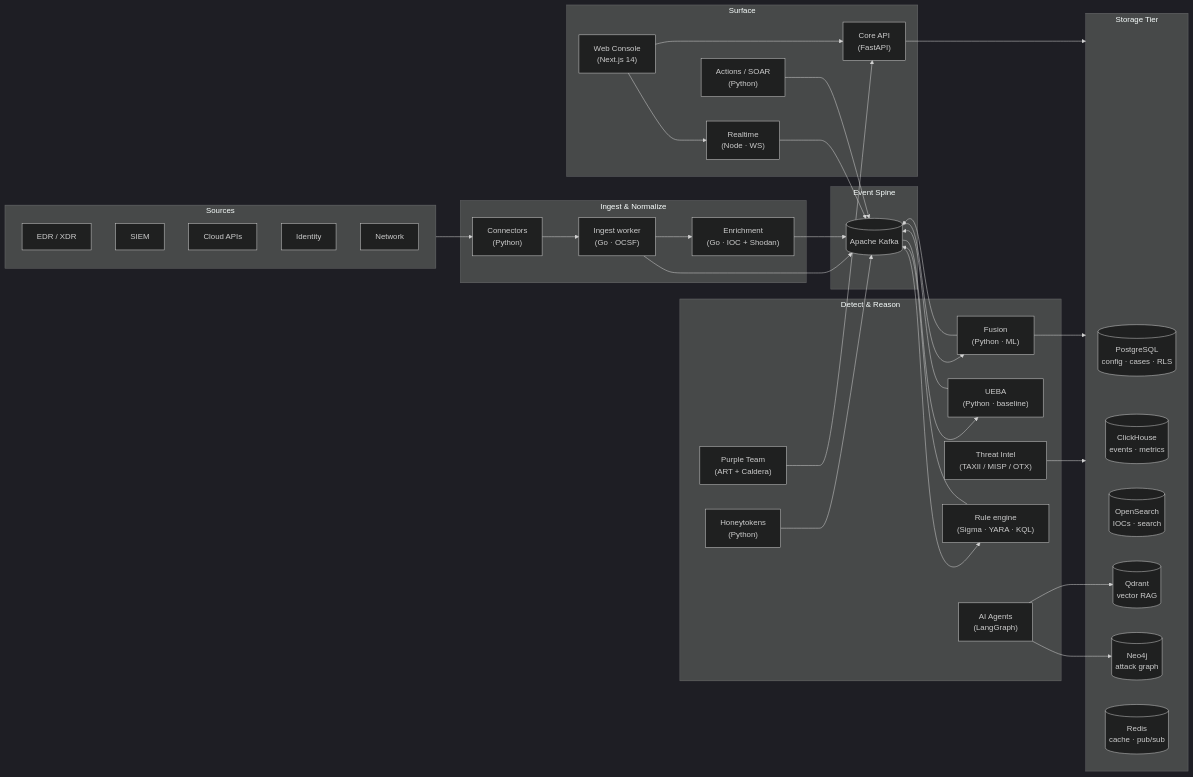
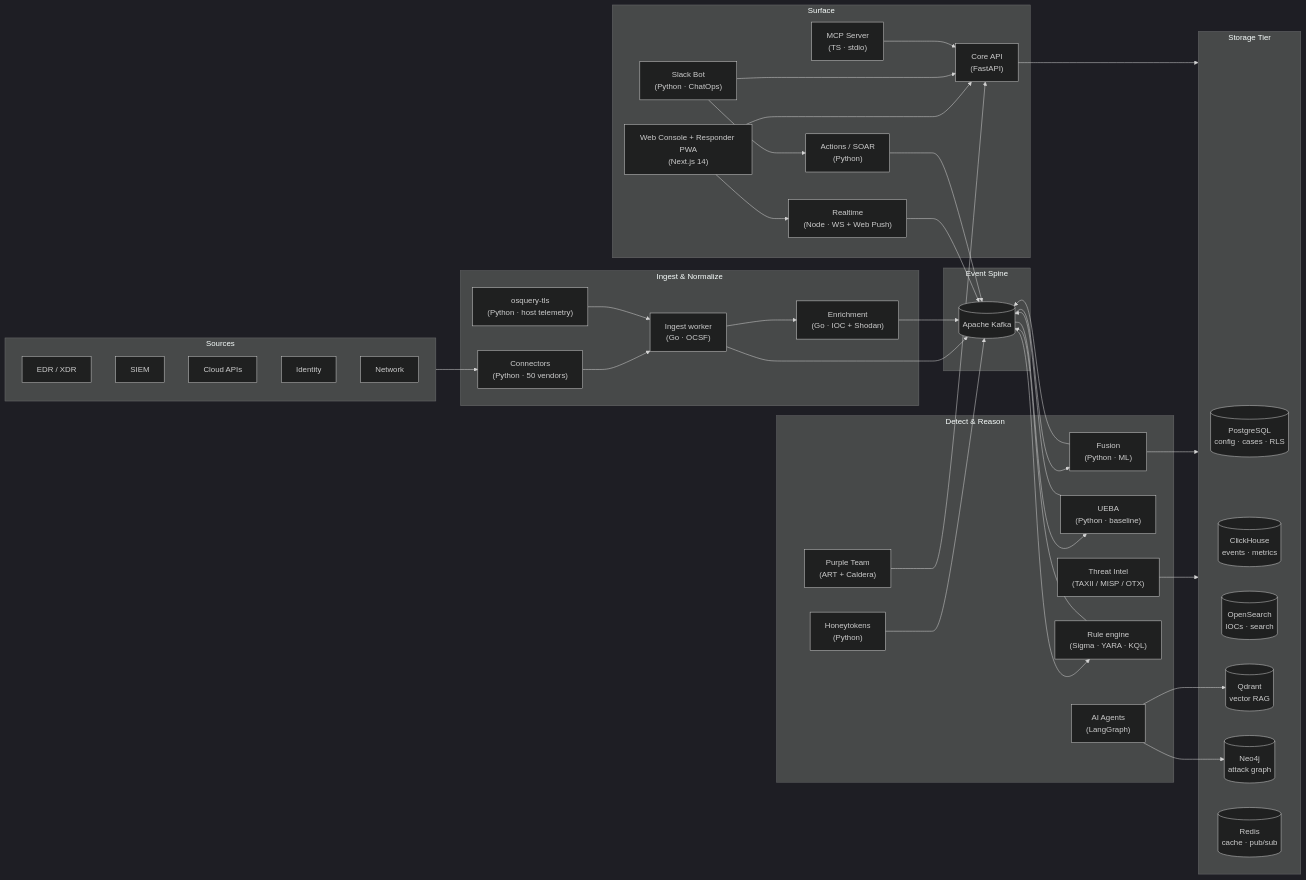
One commit to beenuar/AiSOC changed the diagram in README.md. Above: the diagram before and after it, drawn with Mermaid (dark theme). The commit also changed other lines of this file and 11 other files, not shown here.

First line of the commit message:
docs: refresh install pipeline + v2.2 architecture surfaces

````diff
--- a/README.md
+++ b/README.md
@@ -281,63 +281,70 @@
 ```mermaid
 flowchart LR
     subgraph Sources["Sources"]
         EDR["EDR / XDR"]
         SIEM["SIEM"]
         Cloud["Cloud APIs"]
         IDP["Identity"]
         Net["Network"]
     end
 
     subgraph Ingest["Ingest & Normalize"]
-        Connectors["Connectors\n(Python)"]
+        Connectors["Connectors\n(Python · 50 vendors)"]
+        OsqueryTLS["osquery-tls\n(Python · host telemetry)"]
         IngestSvc["Ingest worker\n(Go · OCSF)"]
         Enrich["Enrichment\n(Go · IOC + Shodan)"]
     end
 
     subgraph Spine["Event Spine"]
         Kafka[("Apache Kafka")]
     end
 
     subgraph Detect["Detect & Reason"]
         Fusion["Fusion\n(Python · ML)"]
         UEBA["UEBA\n(Python · baseline)"]
         TI["Threat Intel\n(TAXII / MISP / OTX)"]
         Rules["Rule engine\n(Sigma · YARA · KQL)"]
         Agents["AI Agents\n(LangGraph)"]
         HT["Honeytokens\n(Python)"]
         PT["Purple Team\n(ART + Caldera)"]
     end
 
     subgraph Storage["Storage Tier"]
         PG[("PostgreSQL\nconfig · cases · RLS")]
         CH[("ClickHouse\nevents · metrics")]
         OS[("OpenSearch\nIOCs · search")]
         QD[("Qdrant\nvector RAG")]
         N4[("Neo4j\nattack graph")]
         RD[("Redis\ncache · pub/sub")]
     end
 
     subgraph Surface["Surface"]
         API["Core API\n(FastAPI)"]
-        RT["Realtime\n(Node · WS)"]
-        Web["Web Console\n(Next.js 14)"]
+        RT["Realtime\n(Node · WS + Web Push)"]
+        Web["Web Console + Responder PWA\n(Next.js 14)"]
         Actions["Actions / SOAR\n(Python)"]
+        Slack["Slack Bot\n(Python · ChatOps)"]
+        MCP["MCP Server\n(TS · stdio)"]
     end
 
     Sources --> Connectors --> IngestSvc --> Kafka
+    OsqueryTLS --> IngestSvc
     IngestSvc --> Enrich --> Kafka
     Kafka --> Fusion --> Kafka
     Kafka --> UEBA --> Kafka
     Kafka --> Rules --> Kafka
     TI --> Storage
     Fusion --> Storage
     HT --> Kafka
     PT --> API
     Agents --> QD
     Agents --> N4
     API --> Storage
     RT --> Kafka
     Web --> API
     Web --> RT
     Actions --> Kafka
+    Slack --> API
+    Slack --> Actions
+    MCP --> API
 ```
````
